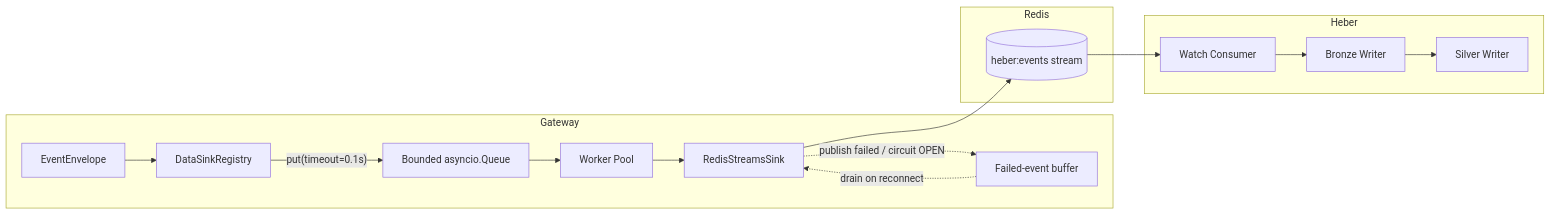
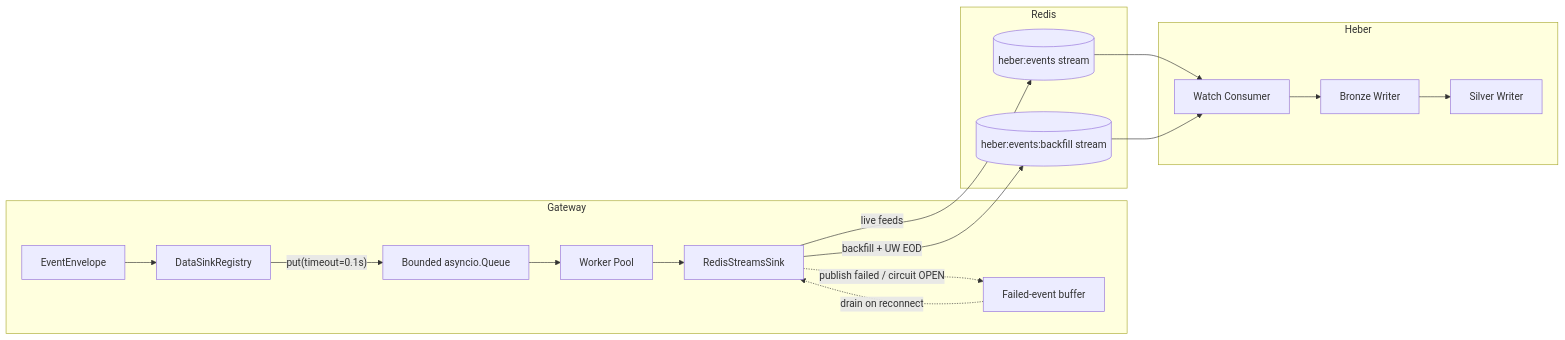
The sixth of 7 diagrams in docs/system-architecture.md (JasperDale420/Data-Gateway), drawn with Mermaid before and after one commit. The commit also changed other lines of this file and 7 other files, not shown here.

````diff
--- a/docs/system-architecture.md
+++ b/docs/system-architecture.md
@@ -207,26 +209,29 @@
 ```mermaid
 flowchart LR
     subgraph Gateway
         ENV[EventEnvelope]
         REG[DataSinkRegistry]
         Q[Bounded asyncio.Queue]
         WRK[Worker Pool]
         RS[RedisStreamsSink]
         BUF[Failed-event buffer]
     end
 
     subgraph Redis
         STREAM[(heber:events stream)]
+        BACKFILL[(heber:events:backfill stream)]
     end
 
     subgraph Heber
         WATCH[Watch Consumer]
         BRONZE[Bronze Writer]
         SILVER[Silver Writer]
     end
 
-    ENV --> REG -- put(timeout=0.1s) --> Q --> WRK --> RS --> STREAM
+    ENV --> REG -- put(timeout=0.1s) --> Q --> WRK --> RS
+    RS -->|live feeds| STREAM
+    RS -->|backfill + UW EOD| BACKFILL
     RS -. publish failed / circuit OPEN .-> BUF
     BUF -. drain on reconnect .-> RS
-    STREAM --> WATCH --> BRONZE --> SILVER
+    STREAM & BACKFILL --> WATCH --> BRONZE --> SILVER
 ```
````
